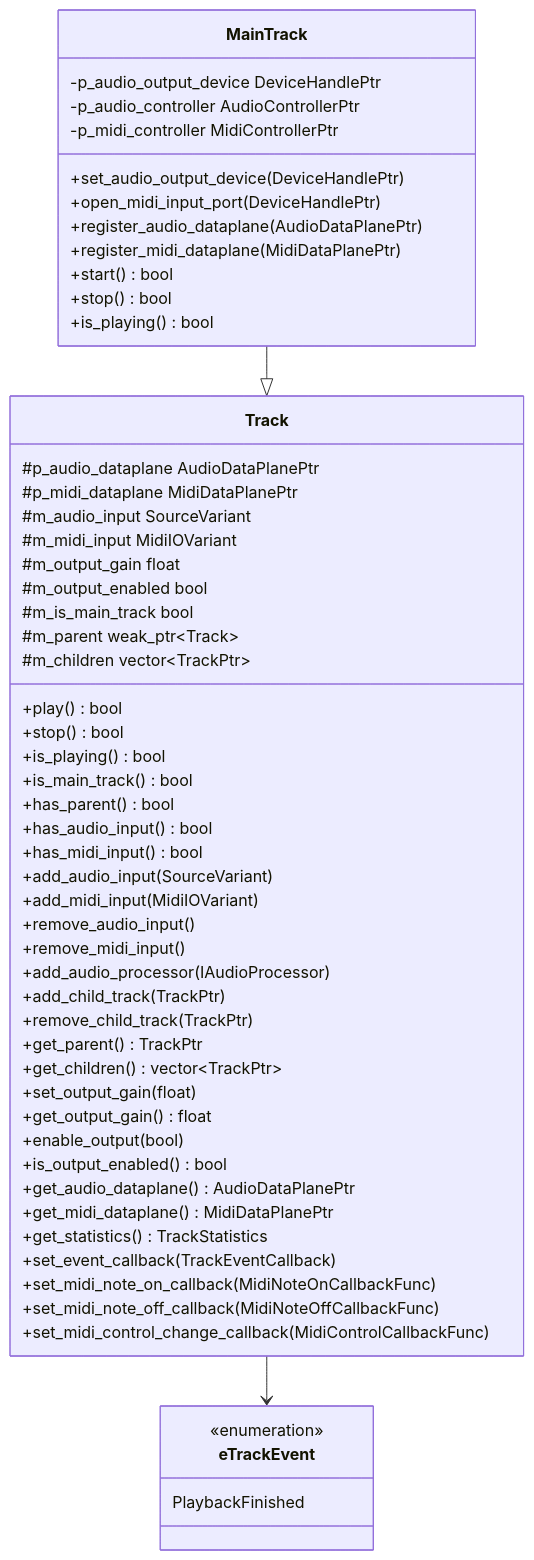
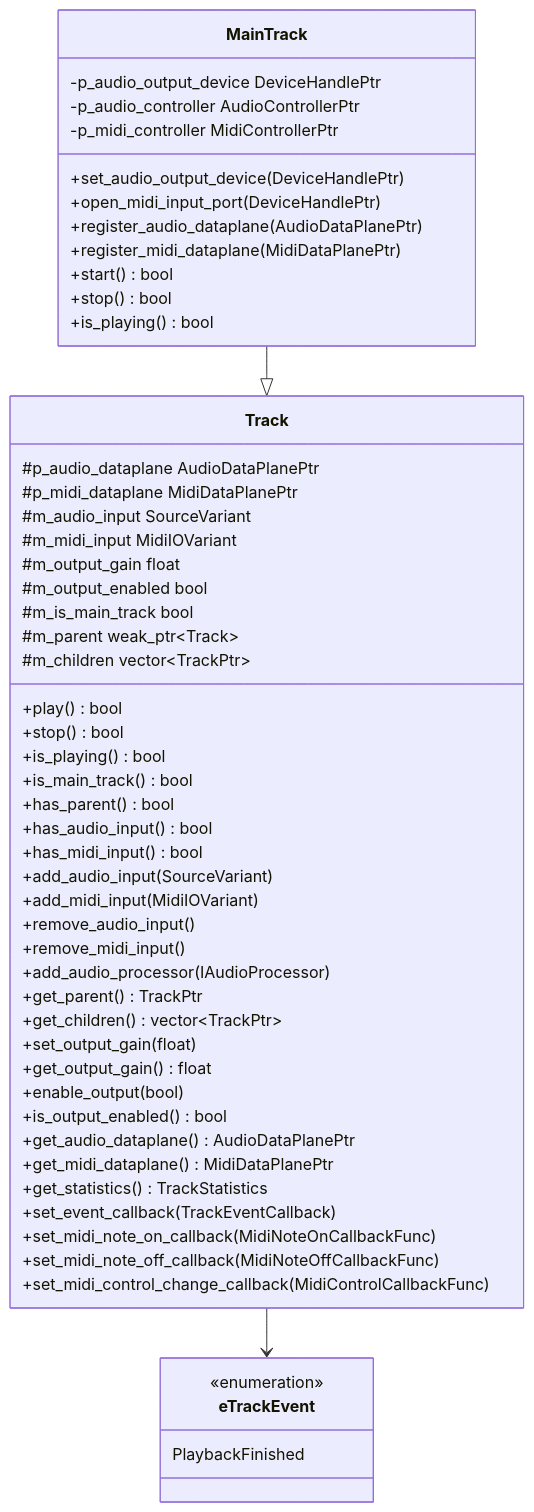
Diagram 12 of 29 in docs/DESIGN_DOC.md (aidan-clyens/miniaudioengine), drawn with Mermaid before and after one commit. The commit also changed other lines of this file and 9 other files, not shown here.

````diff
--- a/docs/DESIGN_DOC.md
+++ b/docs/DESIGN_DOC.md
@@ -480,63 +405,61 @@
 ```mermaid
 classDiagram
 
     class Track {
         +play() bool
         +stop() bool
         +is_playing() bool
         +is_main_track() bool
         +has_parent() bool
         +has_audio_input() bool
         +has_midi_input() bool
         +add_audio_input(SourceVariant)
         +add_midi_input(MidiIOVariant)
         +remove_audio_input()
         +remove_midi_input()
         +add_audio_processor(IAudioProcessor)
-        +add_child_track(TrackPtr)
-        +remove_child_track(TrackPtr)
         +get_parent() TrackPtr
         +get_children() vector~TrackPtr~
         +set_output_gain(float)
         +get_output_gain() float
         +enable_output(bool)
         +is_output_enabled() bool
         +get_audio_dataplane() AudioDataPlanePtr
         +get_midi_dataplane() MidiDataPlanePtr
         +get_statistics() TrackStatistics
         +set_event_callback(TrackEventCallback)
         +set_midi_note_on_callback(MidiNoteOnCallbackFunc)
         +set_midi_note_off_callback(MidiNoteOffCallbackFunc)
         +set_midi_control_change_callback(MidiControlCallbackFunc)
         #p_audio_dataplane AudioDataPlanePtr
         #p_midi_dataplane MidiDataPlanePtr
         #m_audio_input SourceVariant
         #m_midi_input MidiIOVariant
         #m_output_gain float
         #m_output_enabled bool
         #m_is_main_track bool
         #m_parent weak_ptr~Track~
         #m_children vector~TrackPtr~
     }
 
     class MainTrack {
         +set_audio_output_device(DeviceHandlePtr)
         +open_midi_input_port(DeviceHandlePtr)
         +register_audio_dataplane(AudioDataPlanePtr)
         +register_midi_dataplane(MidiDataPlanePtr)
         +start() bool
         +stop() bool
         +is_playing() bool
         -p_audio_output_device DeviceHandlePtr
         -p_audio_controller AudioControllerPtr
         -p_midi_controller MidiControllerPtr
     }
 
     class eTrackEvent {
         <<enumeration>>
         PlaybackFinished
     }
 
     MainTrack --|> Track
     Track --> eTrackEvent
 ```
````
